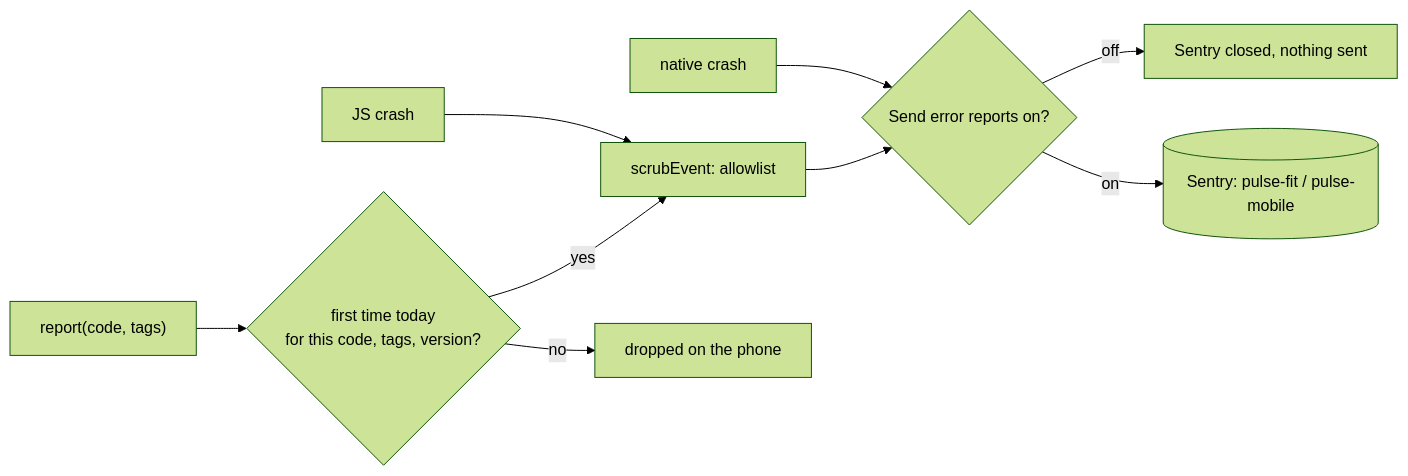
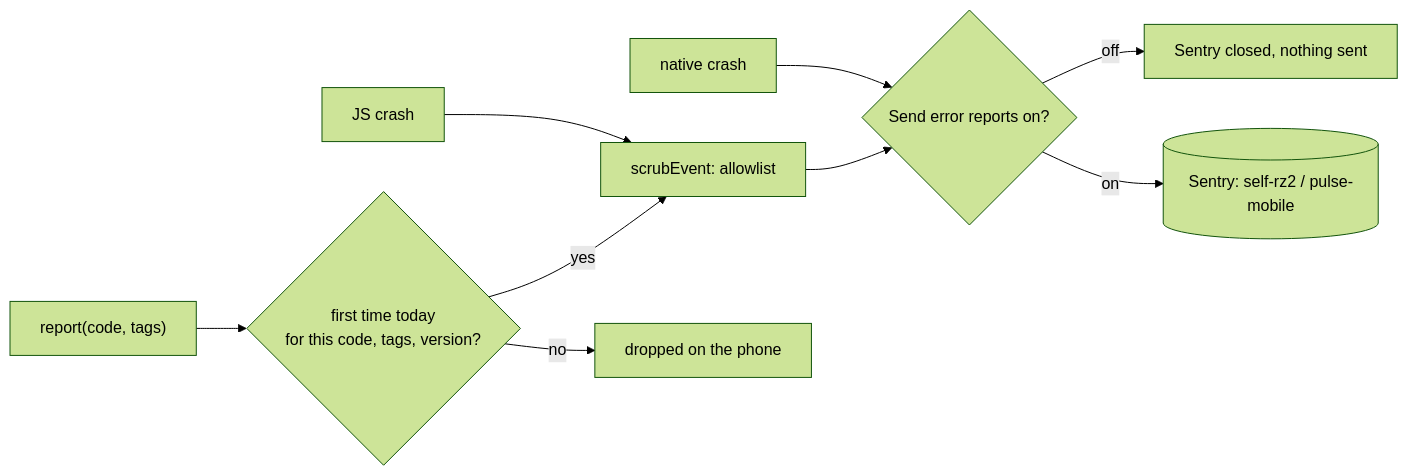
The first of 2 diagrams in docs/telemetry.md (destx0/pulse-mobile), drawn with Mermaid (forest theme) before and after one commit. The commit also changed other lines of this file and 2 other files, not shown here.

First line of the commit message:
chore(telemetry): send error reports to the owner's Sentry project

````diff
--- a/docs/telemetry.md
+++ b/docs/telemetry.md
@@ -12,11 +12,11 @@
 ```mermaid
 flowchart LR
   Crash[JS crash] --> Scrub
   Native[native crash] --> Switch
   Code["report(code, tags)"] --> Once{first time today<br>for this code, tags, version?}
   Once -->|yes| Scrub[scrubEvent: allowlist]
   Once -->|no| Drop[dropped on the phone]
   Switch{Send error reports on?} -->|off| Closed[Sentry closed, nothing sent]
   Scrub --> Switch
-  Switch -->|on| Sentry[(Sentry: pulse-fit / pulse-mobile)]
+  Switch -->|on| Sentry[(Sentry: self-rz2 / pulse-mobile)]
 ```
````
